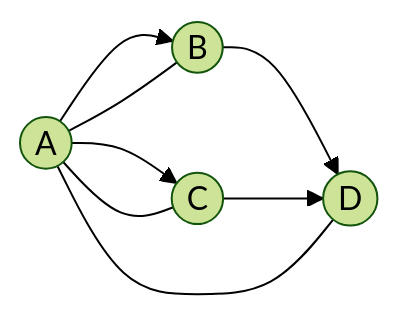
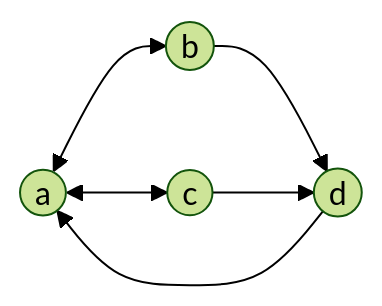
The diagram in .docs/formato_grafos.md (Andresit1524/graphim), drawn with Mermaid (forest theme) before and after one commit. The commit also changed other lines of this file and 2 other files, not shown here.

Commit message:
Actualizaciones menores
En el changelog, el formato de grafos y un todo.md nuevo

````diff
--- a/.docs/formato_grafos.md
+++ b/.docs/formato_grafos.md
@@ -16,11 +16,9 @@
 ```mermaid
 graph LR
 
-A((A)) --> B
-A((A)) --> C
-B((B)) --- A
-B((B)) --> D
-C((C)) --- A
-C((C)) --> D
-D((D)) --- A
+A((a)) <--> B
+A((a)) <--> C
+B((b)) --> D
+C((c)) --> D
+D((d)) --> A
 ```
````
